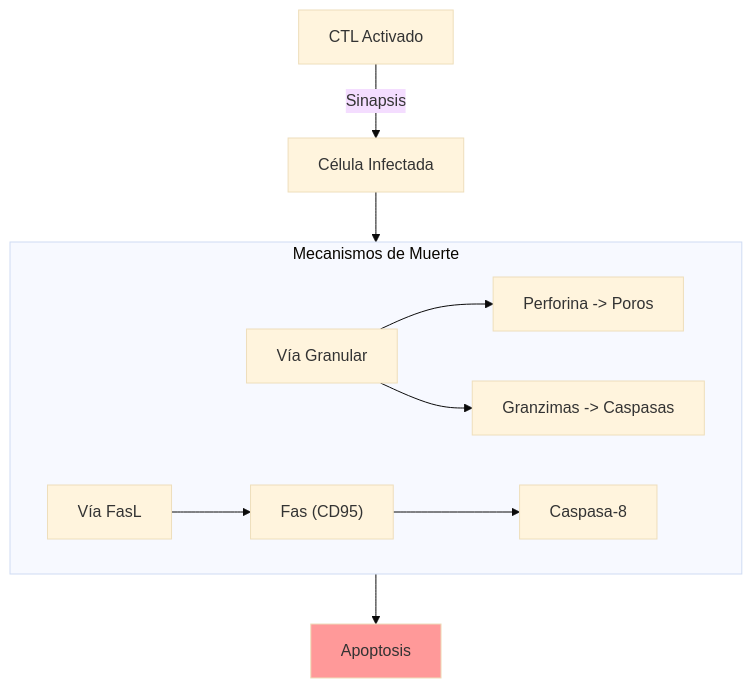
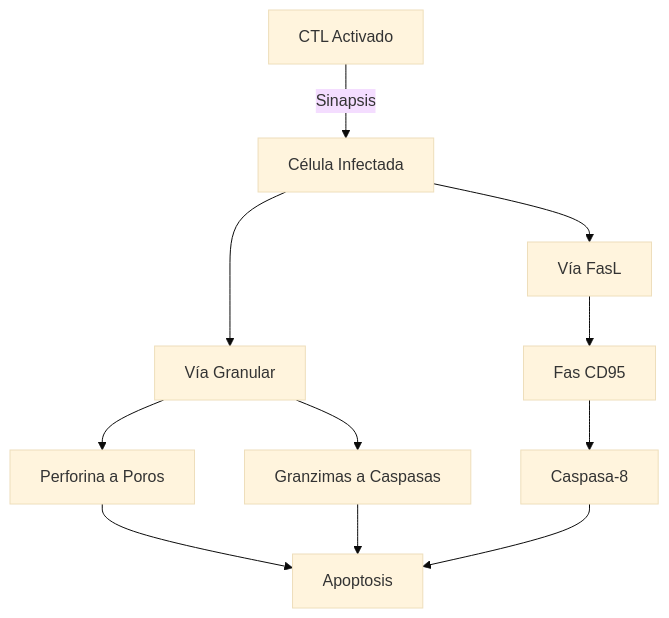
The fourth of 4 diagrams in content/Microbiologia/00_Microbiologia_Inmunologia_MOC.md (SrFuego/srfuego.github.io), drawn with Mermaid (base theme) before and after one commit. The commit also changed other lines of this file, not shown here.

````diff
--- a/content/Microbiologia/00_Microbiologia_Inmunologia_MOC.md
+++ b/content/Microbiologia/00_Microbiologia_Inmunologia_MOC.md
@@ -173,16 +133,18 @@
 ```mermaid
 graph TD
     CTL["CTL Activado"] -->|Sinapsis| Diana["Célula Infectada"]
     
-    subgraph Killing [Mecanismos de Muerte]
-        Via1["Vía Granular"] --> Perf["Perforina -> Poros"]
-        Via1 --> Granz["Granzimas -> Caspasas"]
-        
-        Via2["Vía FasL"] --> Fas["Fas (CD95)"]
-        Fas --> Casp8["Caspasa-8"]
-    end
+    %% Mecanismos de Muerte
+    Via1["Vía Granular"] --> Perf["Perforina a Poros"]
+    Via1 --> Granz["Granzimas a Caspasas"]
     
-    Diana --> Killing
-    Killing --> Apoptosis["Apoptosis"]
-    style Apoptosis fill:#f99
+    Via2["Vía FasL"] --> Fas["Fas CD95"]
+    Fas --> Casp8["Caspasa-8"]
+    
+    Diana --> Via1
+    Diana --> Via2
+    
+    Perf --> Apoptosis["Apoptosis"]
+    Granz --> Apoptosis
+    Casp8 --> Apoptosis
 ```
````
